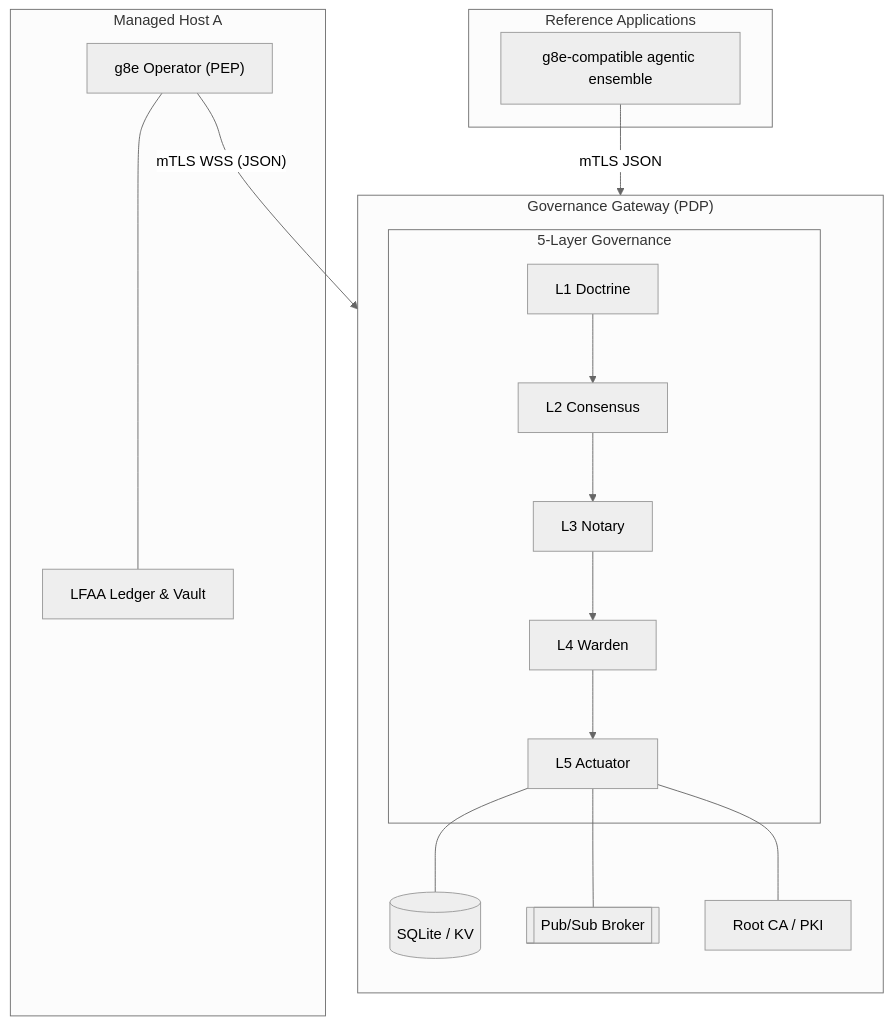
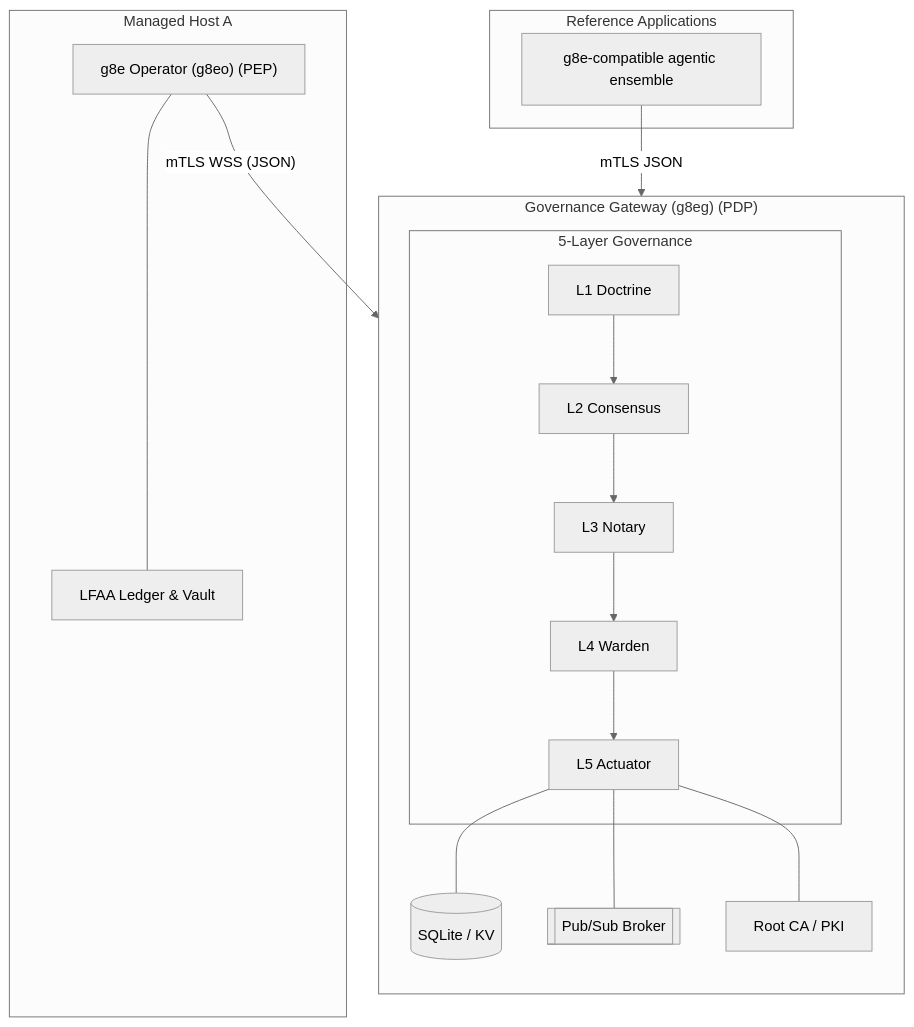
The diagram in docs/architecture/gateway.md (g8e-ai/g8e), drawn with Mermaid (neutral theme) before and after one commit. The commit also changed other lines of this file and 179 other files, not shown here.

````diff
--- a/docs/architecture/gateway.md
+++ b/docs/architecture/gateway.md
@@ -39,34 +39,34 @@
 ```mermaid
 flowchart TD
-    subgraph Hub ["Governance Gateway (PDP)"]
+    subgraph Hub ["Governance Gateway (g8eg) (PDP)"]
         direction TB
         subgraph Layers ["5-Layer Governance"]
             L1["L1 Doctrine"]
             L2["L2 Consensus"]
             L3["L3 Notary"]
             L4["L4 Warden"]
             L5["L5 Actuator"]
             
             L1 --> L2 --> L3 --> L4 --> L5
         end
         db[("SQLite / KV")]
         ps[["Pub/Sub Broker"]]
         ca["Root CA / PKI"]
         
         L5 --- db
         L5 --- ps
         L5 --- ca
     end
 
     subgraph Apps ["Reference Applications"]
         ensemble["g8e-compatible agentic ensemble"]
     end
 
     ensemble -- "mTLS JSON" --> L1
 
     subgraph Host_A ["Managed Host A"]
-        g8eoA["g8e Operator (PEP)"] --- LFAA_A["LFAA Ledger & Vault"]
+        g8eoA["g8e Operator (g8eo) (PEP)"] --- LFAA_A["LFAA Ledger & Vault"]
     end
 
     g8eoA -- "mTLS WSS (JSON)" --> ps
 ```
````
